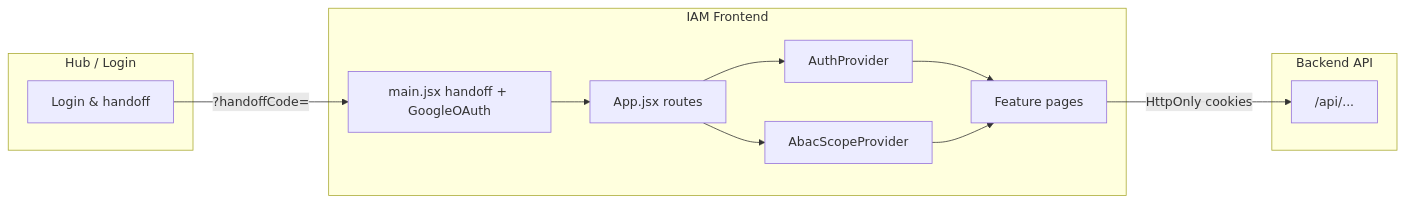
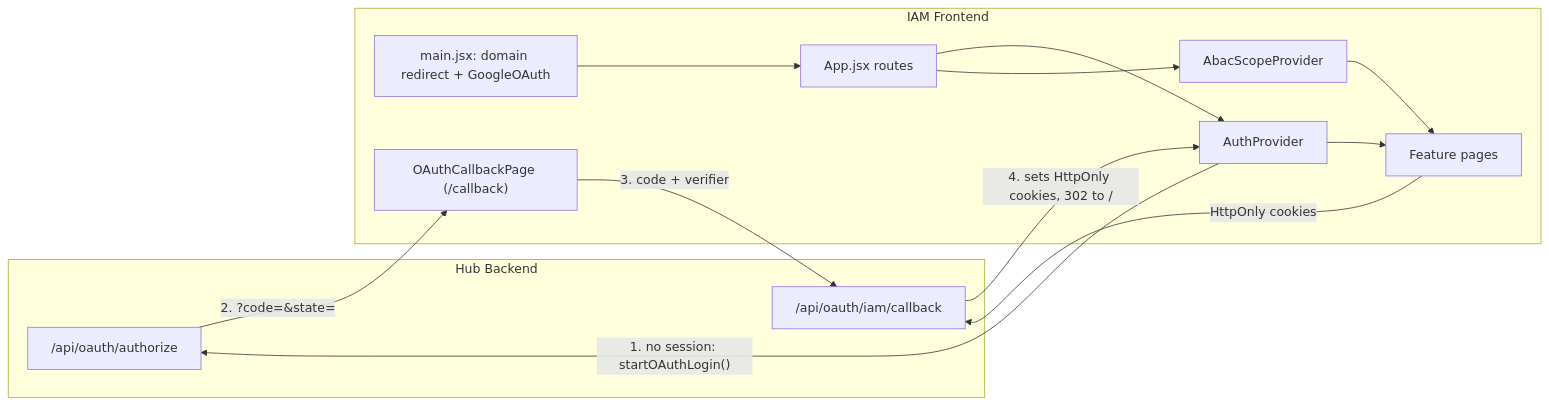
The diagram in README.md (AkashK-Dizzaroo/IAM-Frontend), drawn with Mermaid before and after one commit. The commit also changed other lines of this file and 2 other files, not shown here.

First line of the commit message:
Simplify IAM-side logout tab handling; swap profile assignments icon; refresh README

````diff
--- a/README.md
+++ b/README.md
@@ -61,23 +61,25 @@
 ```mermaid
 flowchart LR
-  subgraph hub [Hub / Login]
-    Login[Login & handoff]
+  subgraph hub [Hub Backend]
+    Authorize["/api/oauth/authorize"]
+    Exchange["/api/oauth/iam/callback"]
   end
   subgraph iam [IAM Frontend]
-    Main[main.jsx handoff + GoogleOAuth]
+    Main[main.jsx: domain redirect + GoogleOAuth]
     App[App.jsx routes]
     Auth[AuthProvider]
+    Callback["OAuthCallbackPage (/callback)"]
     Abac[AbacScopeProvider]
     Pages[Feature pages]
     Main --> App
     App --> Auth
     App --> Abac
     Auth --> Pages
     Abac --> Pages
   end
-  subgraph api [Backend API]
-    REST["/api/..."]
-  end
-  Login -->|"?handoffCode="| Main
-  Pages -->|HttpOnly cookies| REST
+  Auth -->|"1. no session: startOAuthLogin()"| Authorize
+  Authorize -->|"2. ?code=&state="| Callback
+  Callback -->|"3. code + verifier"| Exchange
+  Exchange -->|"4. sets HttpOnly cookies, 302 to /"| Auth
+  Pages -->|HttpOnly cookies| Exchange
 ```
````
